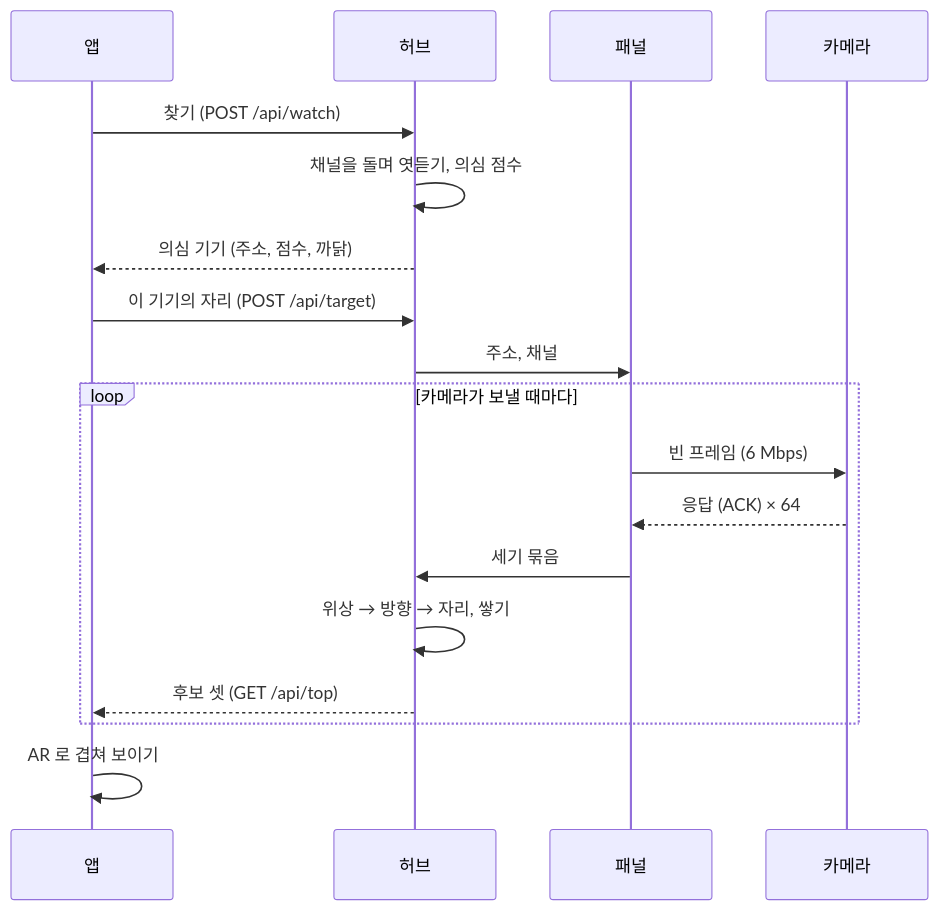
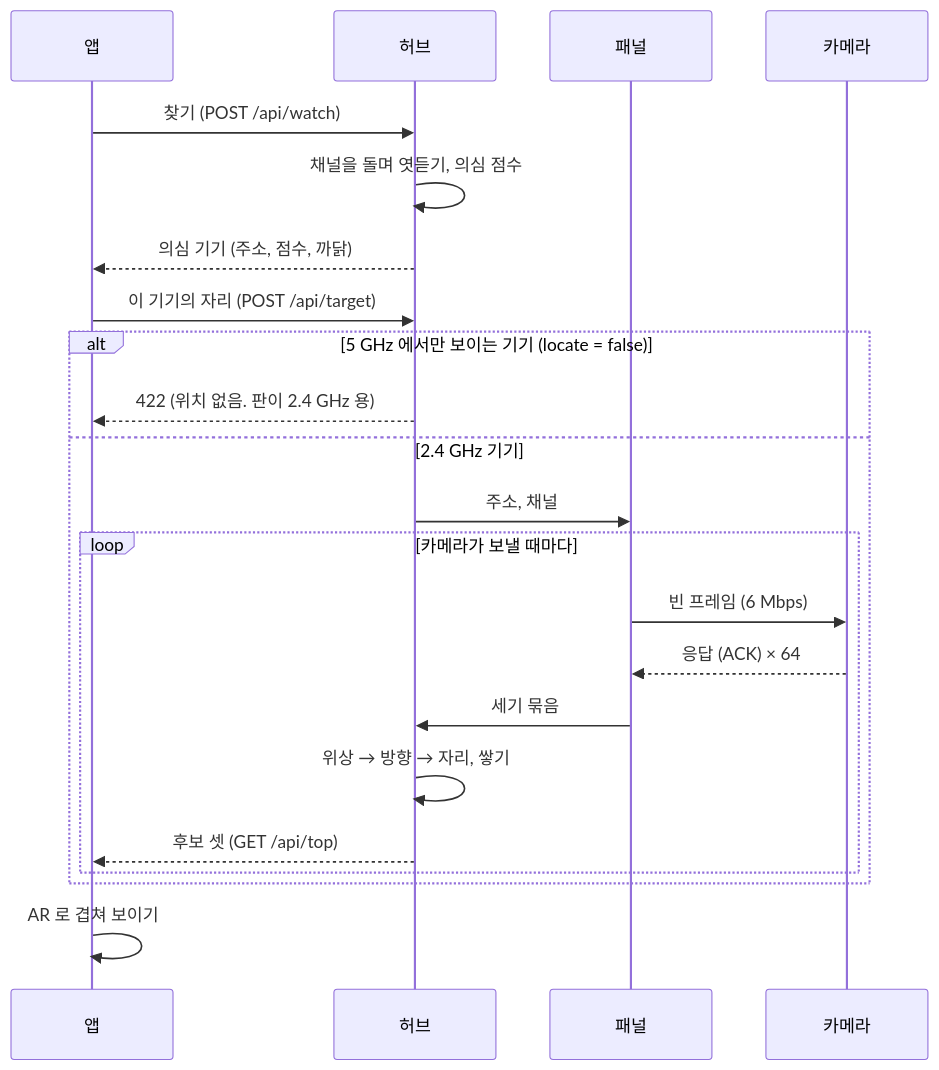
The diagram in design/시스템 설계서.md (DeteCam/docs), drawn with Mermaid before and after one commit. The commit also changed 1 other file, not shown here.

Commit message:
docs: 5 GHz 기기의 위치 재기를 막는 요구를 더함 (#11)

````diff
--- a/design/시스템 설계서.md
+++ b/design/시스템 설계서.md
@@ -29,20 +29,24 @@
 ```mermaid
 sequenceDiagram
     participant A as 앱
     participant H as 허브
     participant P as 패널
     participant C as 카메라
     A->>H: 찾기 (POST /api/watch)
     H->>H: 채널을 돌며 엿듣기, 의심 점수
     H-->>A: 의심 기기 (주소, 점수, 까닭)
     A->>H: 이 기기의 자리 (POST /api/target)
-    H->>P: 주소, 채널
-    loop 카메라가 보낼 때마다
-        P->>C: 빈 프레임 (6 Mbps)
-        C-->>P: 응답 (ACK) × 64
-        P->>H: 세기 묶음
-        H->>H: 위상 → 방향 → 자리, 쌓기
-        H-->>A: 후보 셋 (GET /api/top)
+    alt 5 GHz 에서만 보이는 기기 (locate = false)
+        H-->>A: 422 (위치 없음. 판이 2.4 GHz 용)
+    else 2.4 GHz 기기
+        H->>P: 주소, 채널
+        loop 카메라가 보낼 때마다
+            P->>C: 빈 프레임 (6 Mbps)
+            C-->>P: 응답 (ACK) × 64
+            P->>H: 세기 묶음
+            H->>H: 위상 → 방향 → 자리, 쌓기
+            H-->>A: 후보 셋 (GET /api/top)
+        end
     end
     A->>A: AR 로 겹쳐 보이기
 ```
````
